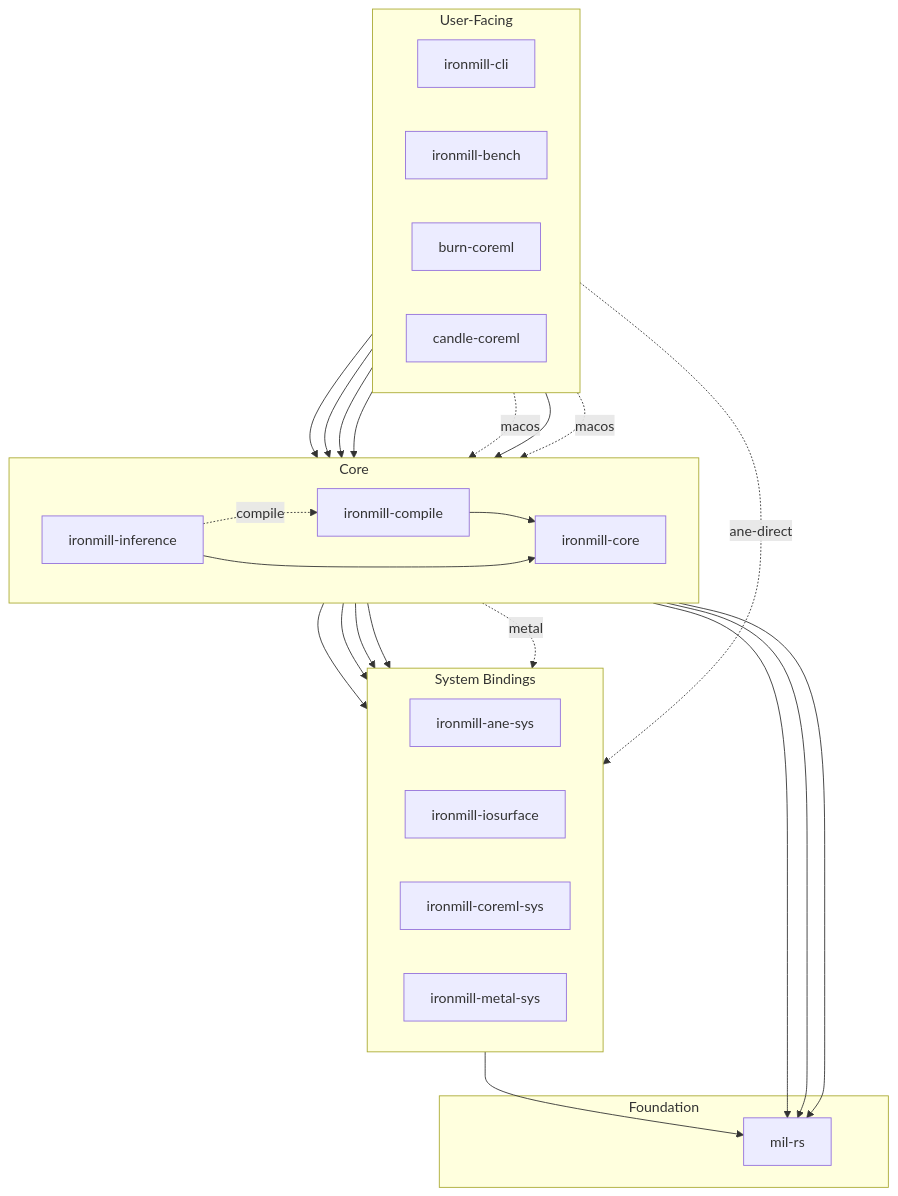
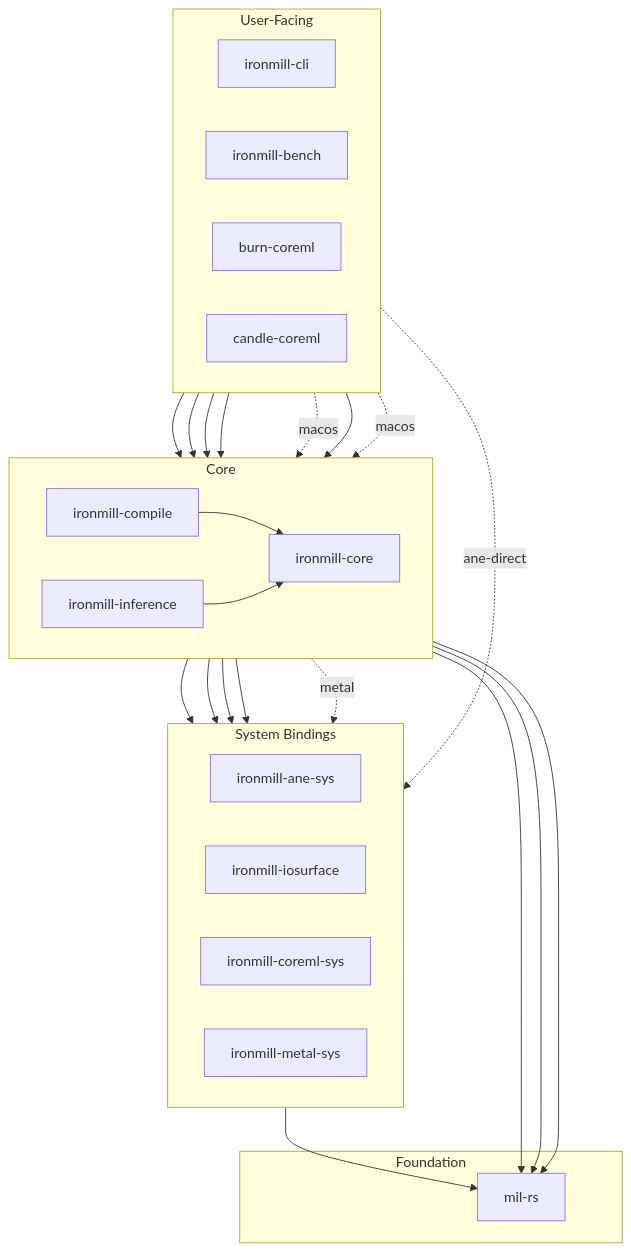
One commit to jafreck/ironmill changed the second of 2 diagrams in README.md. Above: the diagram before and after it, drawn with Mermaid. The commit also changed other lines of this file, not shown here.

First line of the commit message:
docs: update README for compile/inference decoupling

````diff
--- a/README.md
+++ b/README.md
@@ -187,51 +188,50 @@
 ```mermaid
 %%{init: {'flowchart': {'curve': 'basis'}}}%%
 flowchart TD
     subgraph user["User-Facing"]
         direction LR
         cli["ironmill-cli"]
         bench["ironmill-bench"]
         burn["burn-coreml"]
         candle["candle-coreml"]
     end
 
     subgraph core["Core"]
         direction LR
         compile["ironmill-compile"]
         inference["ironmill-inference"]
         corelib["ironmill-core"]
     end
 
     subgraph sys["System Bindings"]
         direction LR
         ane["ironmill-ane-sys"]
         ios["ironmill-iosurface"]
         coremlsys["ironmill-coreml-sys"]
         metalsys["ironmill-metal-sys"]
     end
 
     subgraph found["Foundation"]
         mil["mil-rs"]
     end
 
     cli --> compile
     bench --> compile
     bench --> inference
     bench -. "ane-direct" .-> ios
     burn --> compile
     burn -. "macos" .-> inference
     candle --> compile
     candle -. "macos" .-> inference
     compile --> corelib
     compile --> mil
     compile --> ios
     inference --> corelib
     inference --> mil
     inference --> ane
     inference --> ios
     inference --> coremlsys
     inference -. "metal" .-> metalsys
-    inference -. "compile" .-> compile
     corelib --> mil
     ios --> mil
 ```
````
